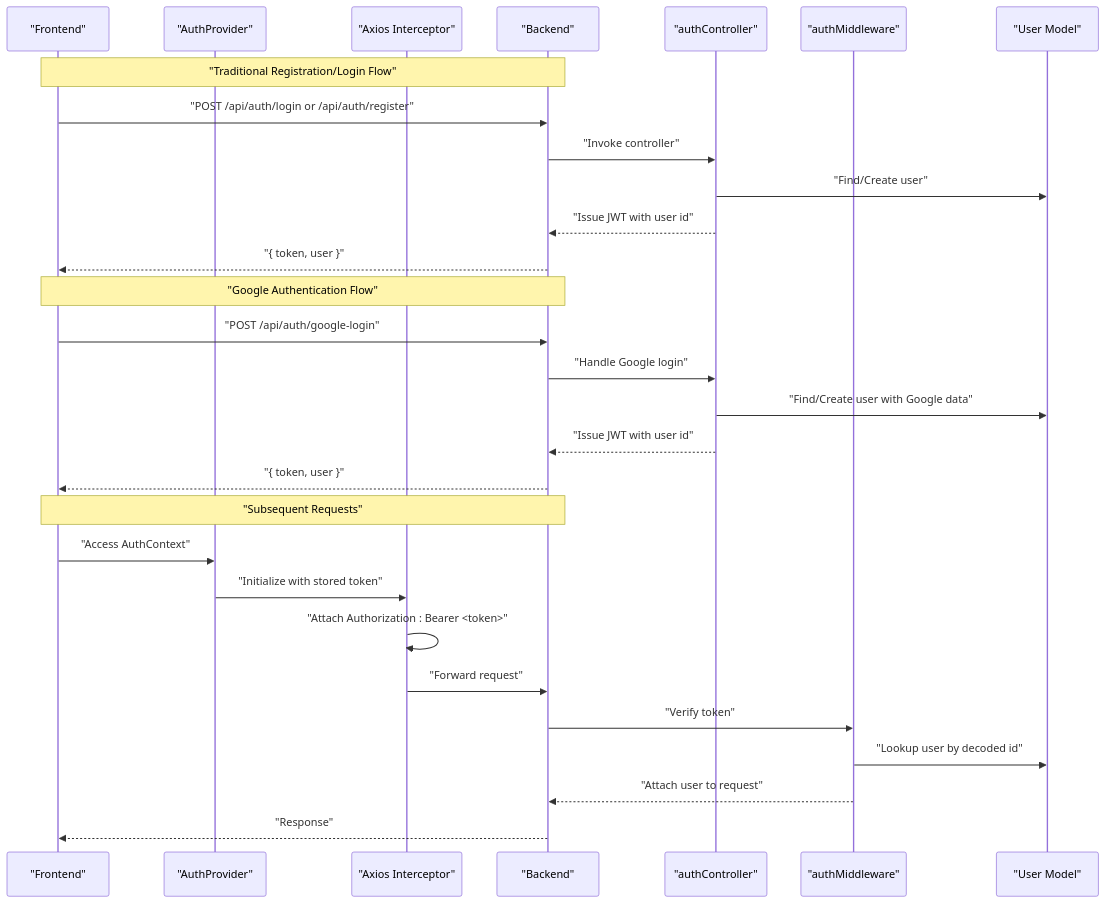
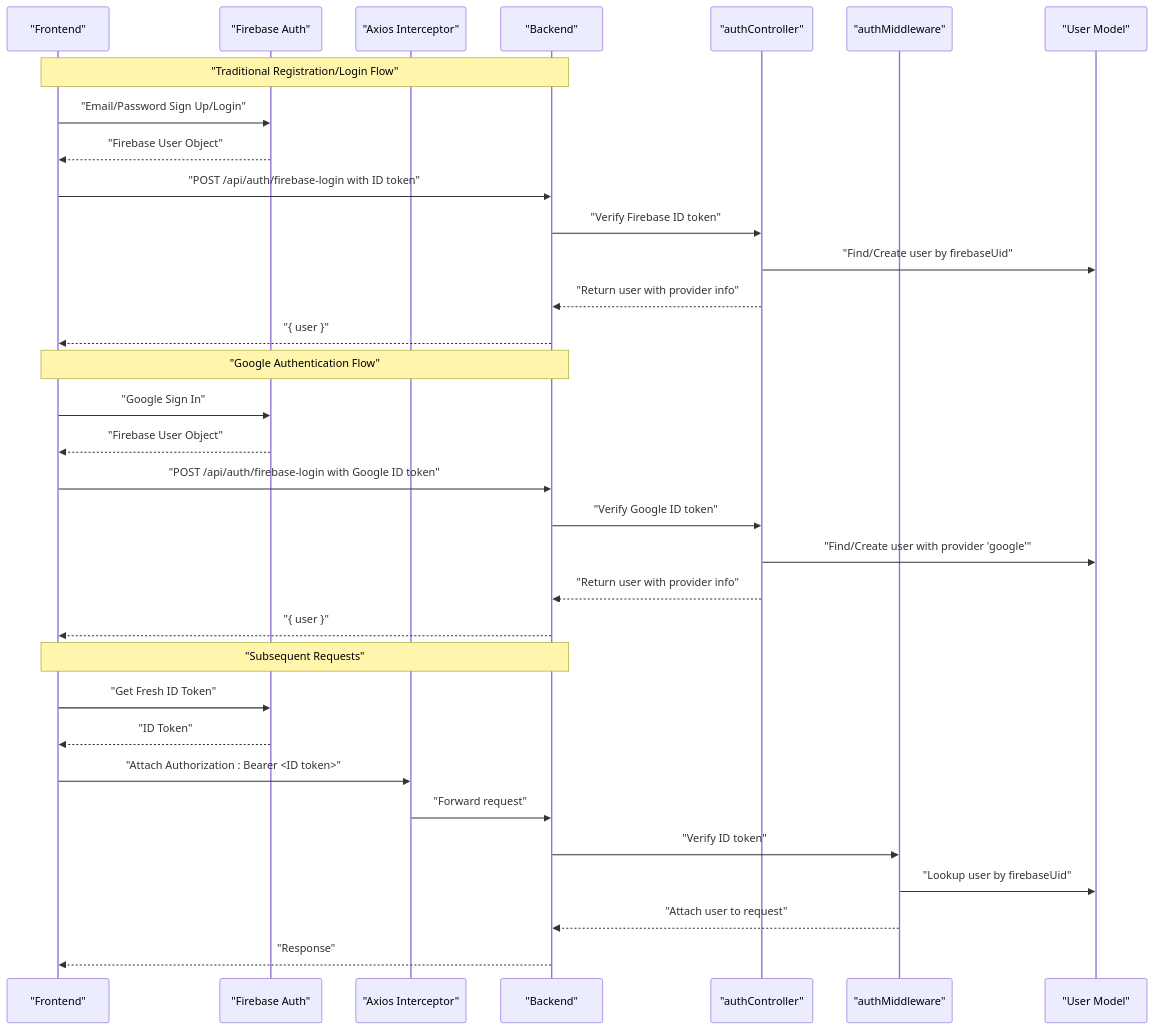
The second of 5 diagrams in .qoder/repowiki/en/content/Authentication & Authorization/JWT Token Flow & Management.md (Pavan-PSPK9032/TrendsandToss), drawn with Mermaid before and after one commit. The commit also changed other lines of this file and 9 other files, not shown here.

````diff
--- a/.qoder/repowiki/en/content/Authentication & Authorization/JWT Token Flow & Management.md
+++ b/.qoder/repowiki/en/content/Authentication & Authorization/JWT Token Flow & Management.md
@@ -139,31 +143,35 @@
 ```mermaid
 sequenceDiagram
 participant FE as "Frontend"
-participant MAIN as "AuthProvider"
+participant FB as "Firebase Auth"
 participant AX as "Axios Interceptor"
 participant BE as "Backend"
 participant CTRL as "authController"
 participant MDW as "authMiddleware"
 participant DB as "User Model"
 Note over FE,BE : "Traditional Registration/Login Flow"
-FE->>BE : "POST /api/auth/login or /api/auth/register"
-BE->>CTRL : "Invoke controller"
-CTRL->>DB : "Find/Create user"
-CTRL-->>BE : "Issue JWT with user id"
-BE-->>FE : "{ token, user }"
+FE->>FB : "Email/Password Sign Up/Login"
+FB-->>FE : "Firebase User Object"
+FE->>BE : "POST /api/auth/firebase-login with ID token"
+BE->>CTRL : "Verify Firebase ID token"
+CTRL->>DB : "Find/Create user by firebaseUid"
+CTRL-->>BE : "Return user with provider info"
+BE-->>FE : "{ user }"
 Note over FE,BE : "Google Authentication Flow"
-FE->>BE : "POST /api/auth/google-login"
-BE->>CTRL : "Handle Google login"
-CTRL->>DB : "Find/Create user with Google data"
-CTRL-->>BE : "Issue JWT with user id"
-BE-->>FE : "{ token, user }"
+FE->>FB : "Google Sign In"
+FB-->>FE : "Firebase User Object"
+FE->>BE : "POST /api/auth/firebase-login with Google ID token"
+BE->>CTRL : "Verify Google ID token"
+CTRL->>DB : "Find/Create user with provider 'google'"
+CTRL-->>BE : "Return user with provider info"
+BE-->>FE : "{ user }"
 Note over FE,BE : "Subsequent Requests"
-FE->>MAIN : "Access AuthContext"
-MAIN->>AX : "Initialize with stored token"
-AX->>AX : "Attach Authorization : Bearer <token>"
+FE->>FB : "Get Fresh ID Token"
+FB-->>FE : "ID Token"
+FE->>AX : "Attach Authorization : Bearer <ID token>"
 AX->>BE : "Forward request"
-BE->>MDW : "Verify token"
-MDW->>DB : "Lookup user by decoded id"
+BE->>MDW : "Verify ID token"
+MDW->>DB : "Lookup user by firebaseUid"
 MDW-->>BE : "Attach user to request"
 BE-->>FE : "Response"
 ```
````
